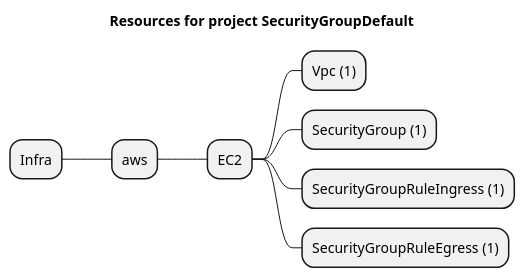
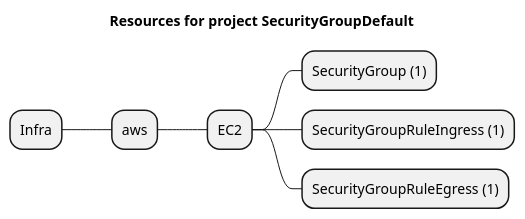
Before and after one commit to grucloud/grucloud: the diagram in examples/aws/ec2/securityGroupDefault/artifacts/resources-mindmap.puml, drawn with PlantUML. The commit also changed 288 other files, not shown here.

```diff
--- a/examples/aws/ec2/securityGroupDefault/artifacts/resources-mindmap.puml
+++ b/examples/aws/ec2/securityGroupDefault/artifacts/resources-mindmap.puml
@@ -1,11 +1,10 @@
 @startmindmap
 title Resources for project SecurityGroupDefault
 skinparam monochrome true
 + Infra
 ++ aws
 +++ EC2
-++++ Vpc (1)
 ++++ SecurityGroup (1)
 ++++ SecurityGroupRuleIngress (1)
 ++++ SecurityGroupRuleEgress (1)
 @endmindmap
```
